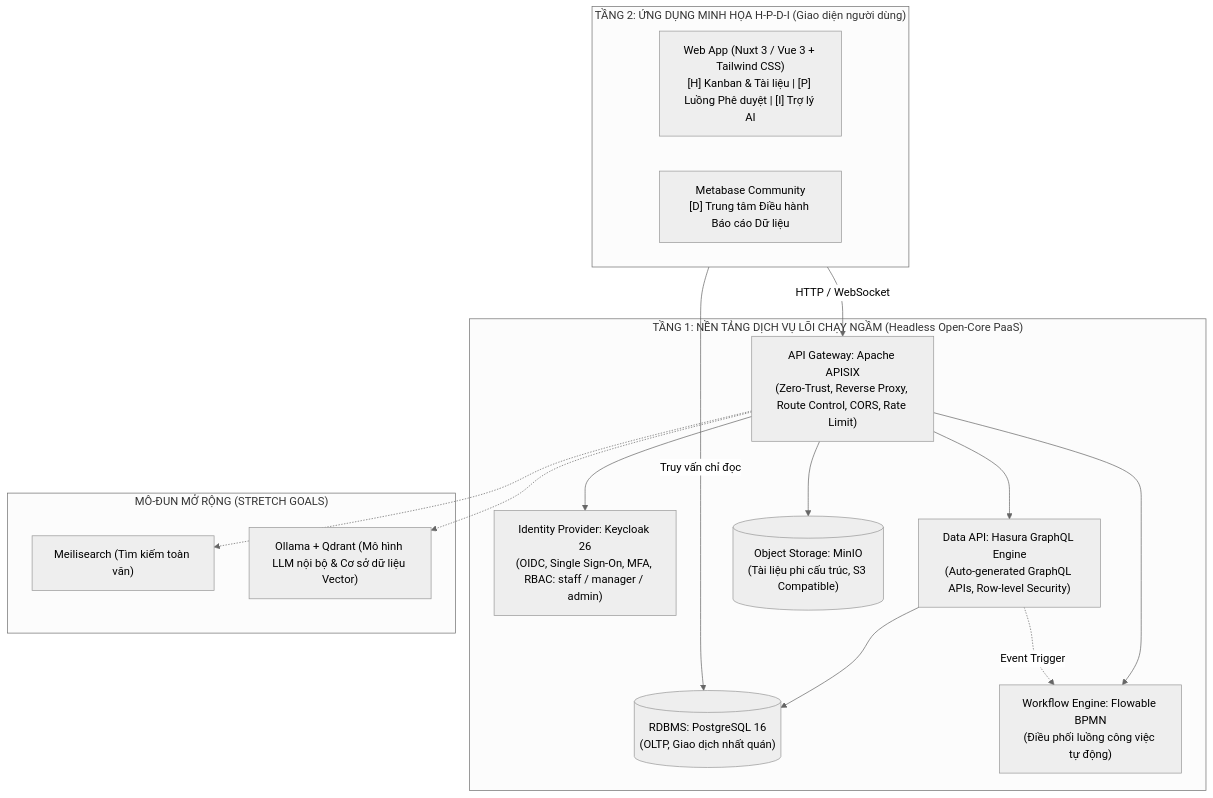
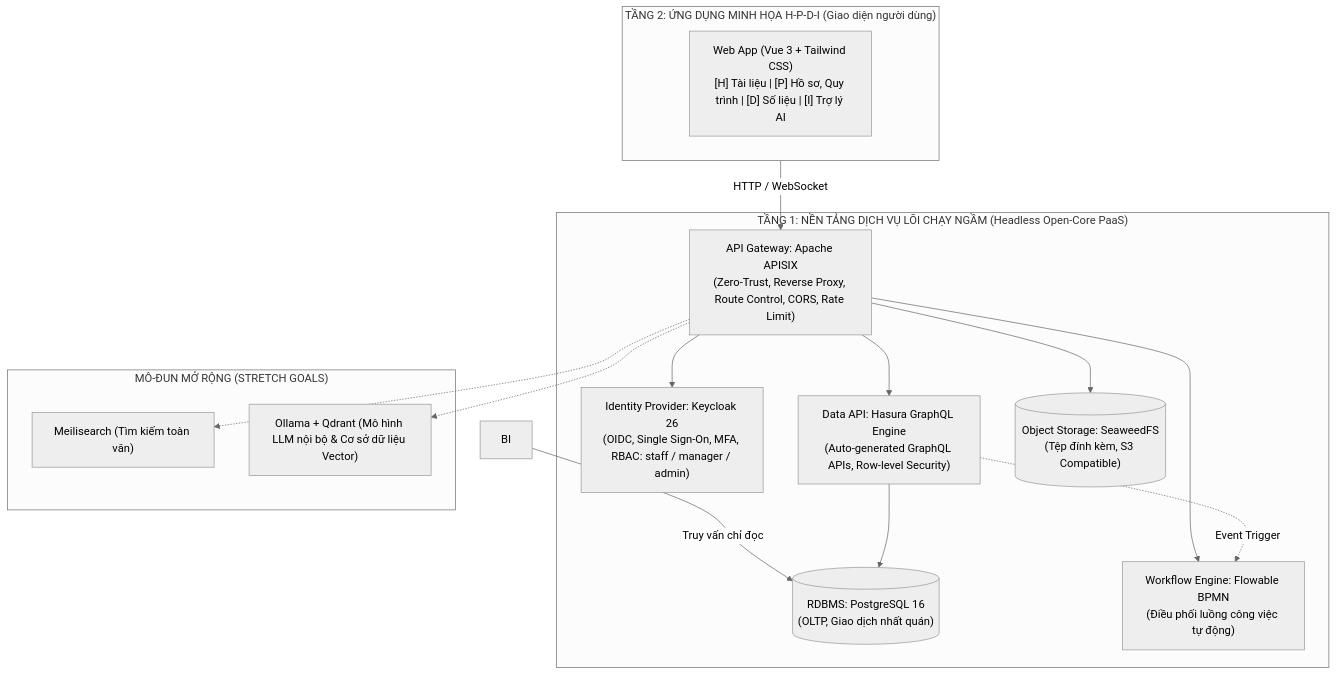
The diagram in docs/KE_HOACH_GUI_GIANG_VIEN.md (ngophatneknha/OLP-MNM), drawn with Mermaid (neutral theme) before and after one commit. The commit also changed other lines of this file and 25 other files, not shown here.

````diff
--- a/docs/KE_HOACH_GUI_GIANG_VIEN.md
+++ b/docs/KE_HOACH_GUI_GIANG_VIEN.md
@@ -49,32 +56,33 @@
 ```mermaid
 flowchart TB
   subgraph T2["TẦNG 2: ỨNG DỤNG MINH HỌA H-P-D-I (Giao diện người dùng)"]
     direction LR
-    UI["Web App (Nuxt 3 / Vue 3 + Tailwind CSS)\n[H] Kanban & Tài liệu | [P] Luồng Phê duyệt | [I] Trợ lý AI"]
-    BI["Metabase Community\n[D] Trung tâm Điều hành Báo cáo Dữ liệu"]
+    UI["Web App (Vue 3 + Tailwind CSS)
+[H] Tài liệu | [P] Hồ sơ, Quy trình | [D] Số liệu | [I] Trợ lý AI"]
   end
 
   subgraph T1["TẦNG 1: NỀN TẢNG DỊCH VỤ LÕI CHẠY NGẦM (Headless Open-Core PaaS)"]
     GW["API Gateway: Apache APISIX\n(Zero-Trust, Reverse Proxy, Route Control, CORS, Rate Limit)"]
     KC["Identity Provider: Keycloak 26\n(OIDC, Single Sign-On, MFA, RBAC: staff / manager / admin)"]
     HS["Data API: Hasura GraphQL Engine\n(Auto-generated GraphQL APIs, Row-level Security)"]
     PG[("RDBMS: PostgreSQL 16\n(OLTP, Giao dịch nhất quán)")]
-    MIN[("Object Storage: MinIO\n(Tài liệu phi cấu trúc, S3 Compatible)")]
+    MIN[("Object Storage: SeaweedFS
+(Tệp đính kèm, S3 Compatible)")]
     FL["Workflow Engine: Flowable BPMN\n(Điều phối luồng công việc tự động)"]
   end
 
   subgraph EXT["MÔ-ĐUN MỞ RỘNG (STRETCH GOALS)"]
     MS["Meilisearch (Tìm kiếm toàn văn)"]
     AI_MOD["Ollama + Qdrant (Mô hình LLM nội bộ & Cơ sở dữ liệu Vector)"]
   end
 
   UI -->|HTTP / WebSocket| GW
   BI -->|Truy vấn chỉ đọc| PG
   GW --> KC
   GW --> HS --> PG
   GW --> MIN
   GW --> FL
   HS -.->|Event Trigger| FL
   GW -.-> MS
   GW -.-> AI_MOD
 ```
````
